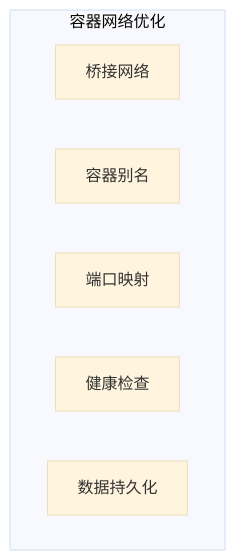
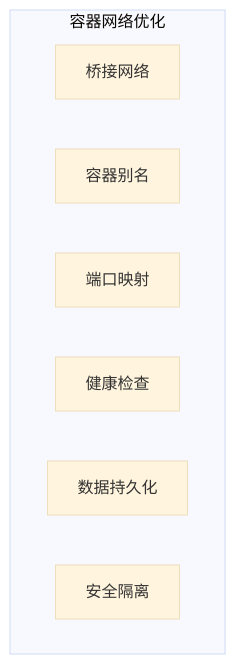
Before and after one commit to xfbyxq/ai-novel-system: diagram 19 of 21 in .qoder/repowiki/zh/content/Docker Deployment.md, drawn with Mermaid (base theme). The commit also changed other lines of this file and 1 other file, not shown here.

````diff
--- a/.qoder/repowiki/zh/content/Docker Deployment.md
+++ b/.qoder/repowiki/zh/content/Docker Deployment.md
@@ -812,10 +833,11 @@
 ```mermaid
 graph TB
 subgraph "容器网络优化"
 BRIDGE_NETWORK[桥接网络]
 CONTAINER_ALIAS[容器别名]
 PORT_MAPPING[端口映射]
 HEALTH_CHECK[健康检查]
 DATA_PERSISTENCE[数据持久化]
+SECURITY_ISOLATION[安全隔离]
 end
 ```
````
